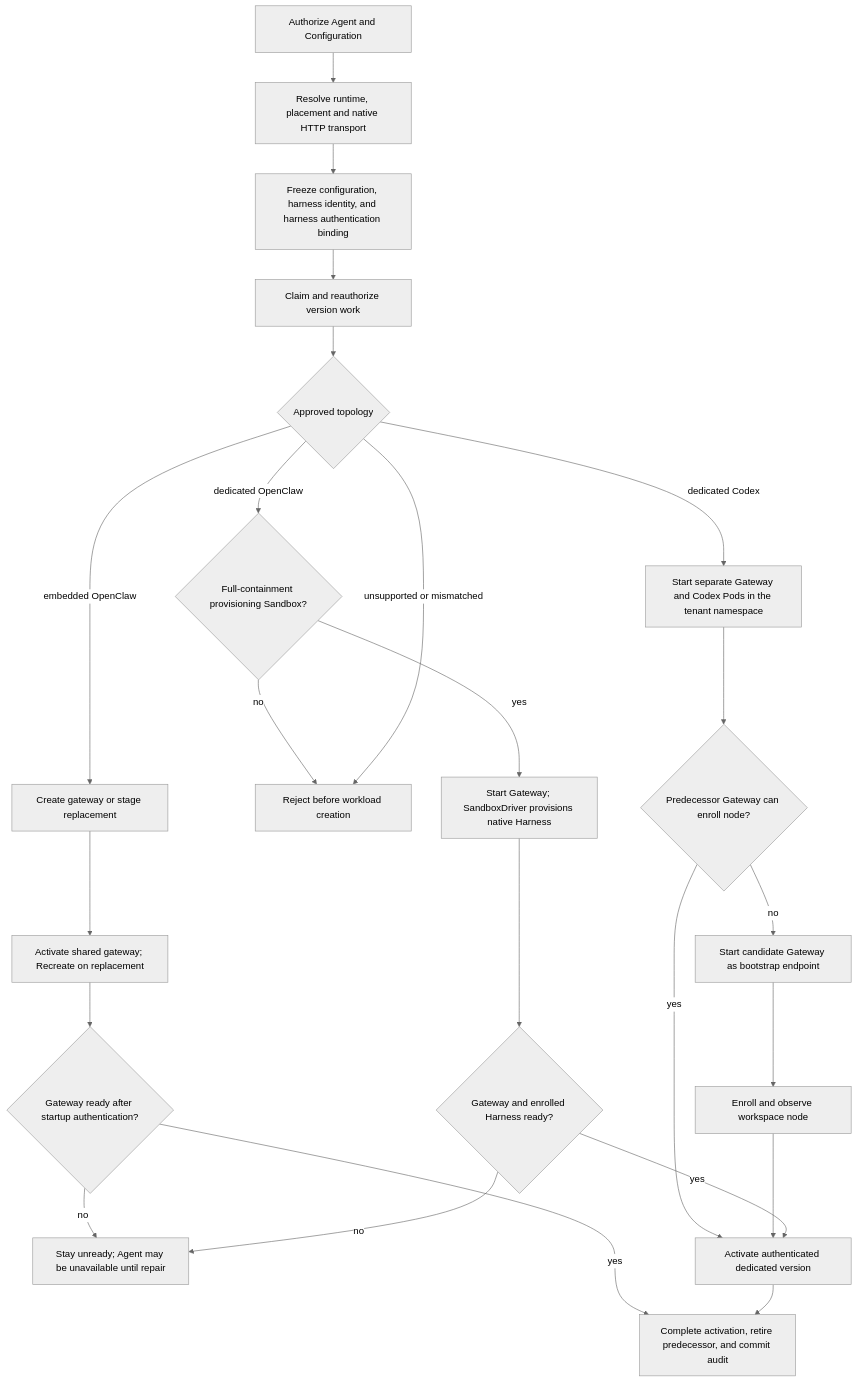
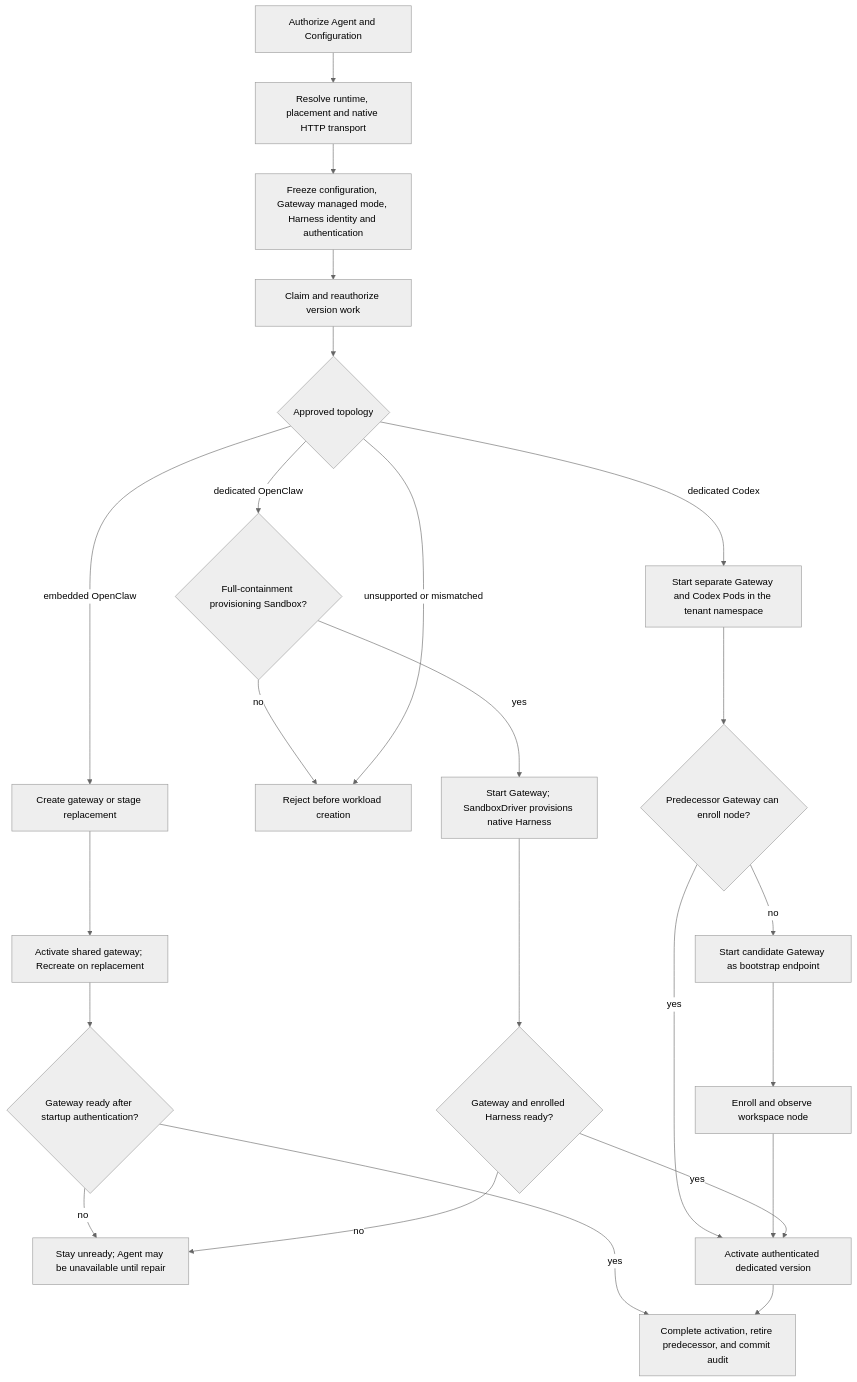
Before and after one commit to RaymondMcCreesh/openclaw-enterprise: the diagram in docs/flows/harness-execution-topology.md, drawn with Mermaid (neutral theme). The commit also changed other lines of this file and 110 other files, not shown here.

First line of the commit message:
feat: add Gateway managed mode to Agent deployments (#2982)

````diff
--- a/docs/flows/harness-execution-topology.md
+++ b/docs/flows/harness-execution-topology.md
@@ -26,26 +26,26 @@
 ```mermaid
 graph TD
   A["Authorize Agent and Configuration"] --> B["Resolve runtime, placement and native HTTP transport"]
-  B --> C["Freeze configuration, harness identity, and harness authentication binding"]
+  B --> C["Freeze configuration, Gateway managed mode, Harness identity and authentication"]
   C --> D["Claim and reauthorize version work"]
   D --> E{"Approved topology"}
   E -->|embedded OpenClaw| F["Create gateway or stage replacement"]
   E -->|dedicated Codex| G["Start separate Gateway and Codex Pods in the tenant namespace"]
   E -->|dedicated OpenClaw| Q{"Full-containment provisioning Sandbox?"}
   Q -->|no| H
   Q -->|yes| R["Start Gateway; SandboxDriver provisions native Harness"]
   E -->|unsupported or mismatched| H["Reject before workload creation"]
   F --> I["Activate shared gateway; Recreate on replacement"]
   I --> K{"Gateway ready after startup authentication?"}
   K -->|no| L["Stay unready; Agent may be unavailable until repair"]
   K -->|yes| J["Complete activation, retire predecessor, and commit audit"]
   G --> N{"Predecessor Gateway can enroll node?"}
   N -->|yes| M["Activate authenticated dedicated version"]
   N -->|no| O["Start candidate Gateway as bootstrap endpoint"]
   O --> P["Enroll and observe workspace node"]
   P --> M
   R --> S{"Gateway and enrolled Harness ready?"}
   S -->|no| L
   S -->|yes| M
   M --> J
 ```
````
